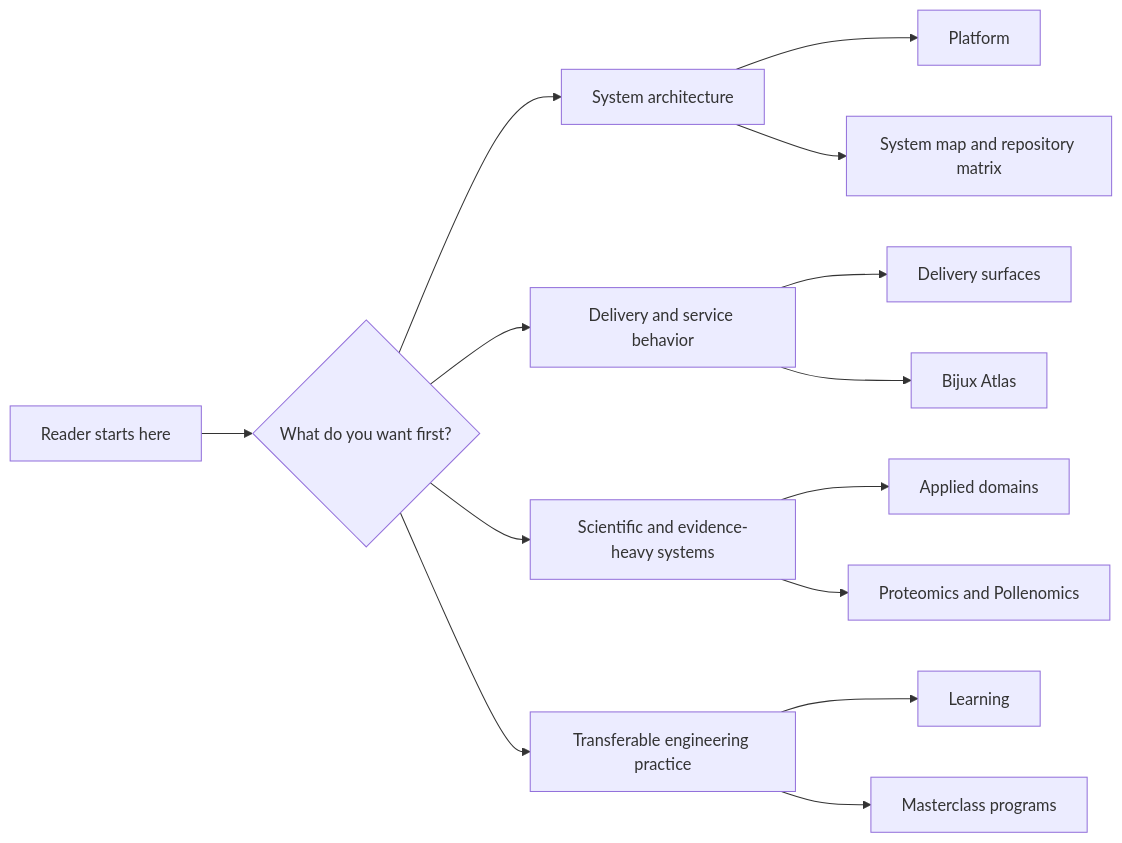
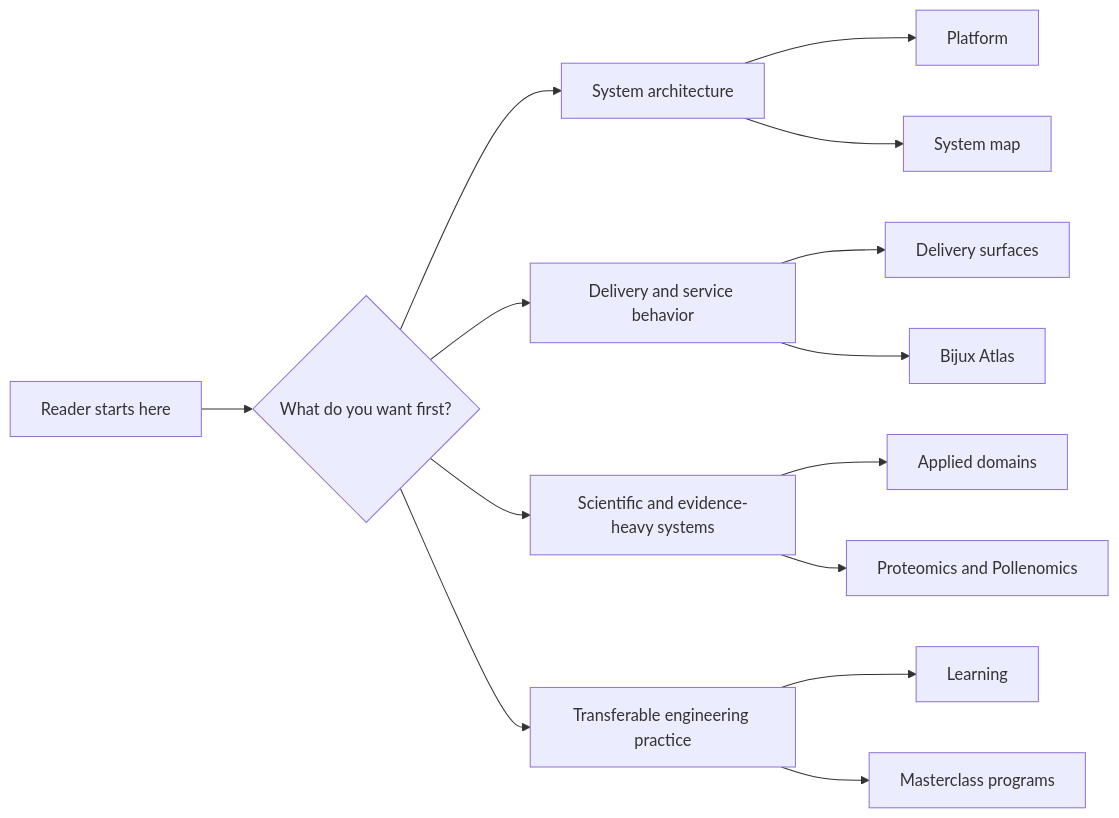
The second of 2 diagrams in docs/index.md (bijux/bijux.github.io), drawn with Mermaid before and after one commit. The commit also changed other lines of this file, not shown here.

Commit message:
docs(home): simplify the hub diagrams and framing

````diff
--- a/docs/index.md
+++ b/docs/index.md
@@ -174,20 +121,20 @@
 ```mermaid
 graph LR
     entry["Reader starts here"] --> split{"What do you want first?"}
     split --> architecture["System architecture"]
     split --> delivery["Delivery and service behavior"]
     split --> domain["Scientific and evidence-heavy systems"]
     split --> teaching["Transferable engineering practice"]
 
     architecture --> platform["Platform"]
-    architecture --> matrix["System map and repository matrix"]
+    architecture --> map["System map"]
 
     delivery --> surfaces["Delivery surfaces"]
     delivery --> atlas["Bijux Atlas"]
 
     domain --> applied["Applied domains"]
     domain --> scientific["Proteomics and Pollenomics"]
 
     teaching --> learning["Learning"]
     teaching --> programs["Masterclass programs"]
 ```
````
